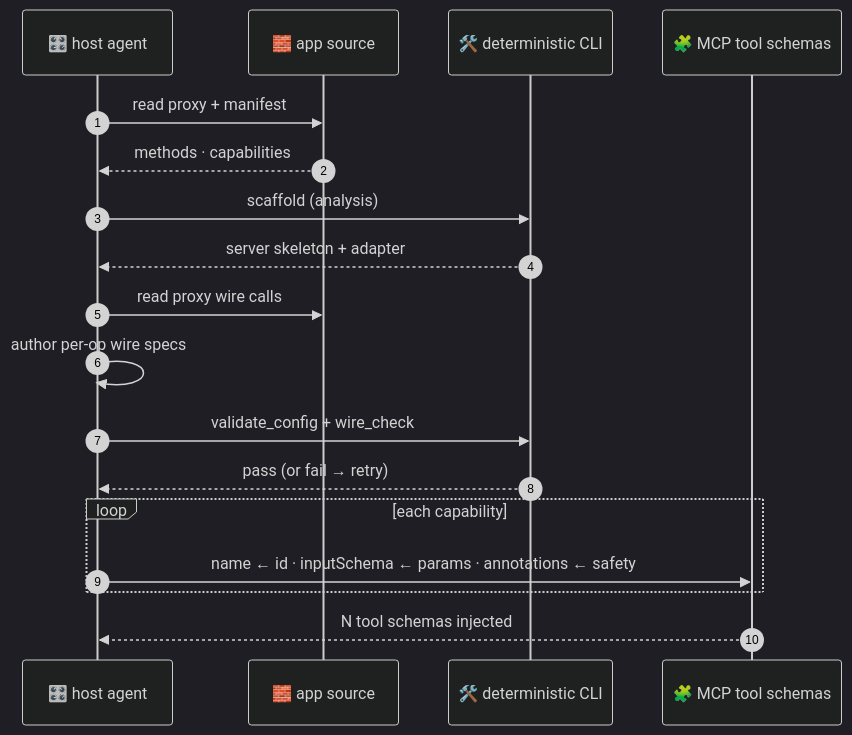
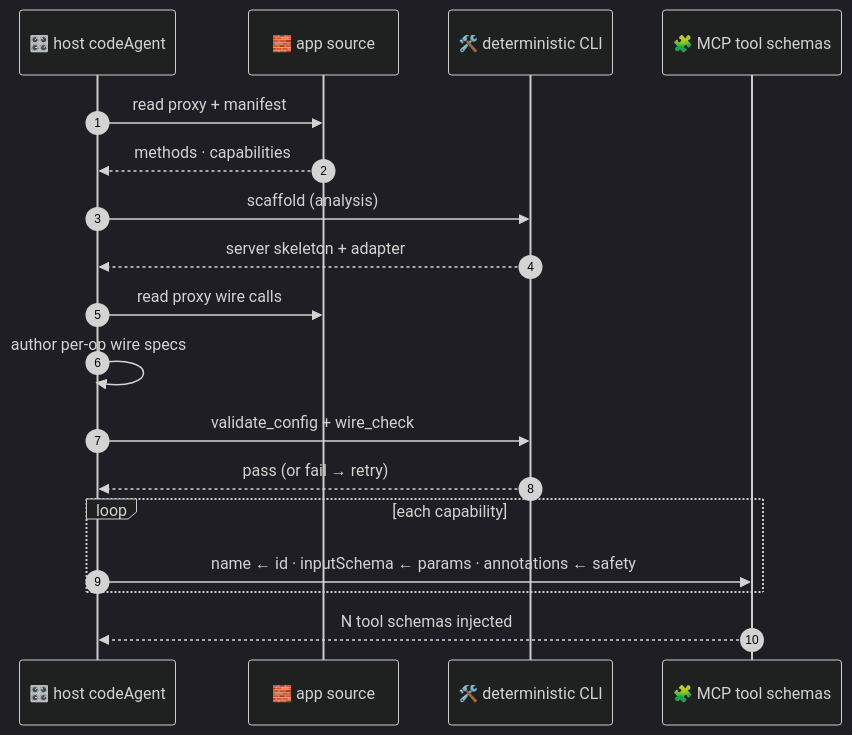
One commit to MatCaviar/BRIDGE changed the first of 2 diagrams in README.md. Above: the diagram before and after it, drawn with Mermaid (dark theme). The commit also changed other lines of this file, not shown here.

Commit message:
docs(readme): host→host codeAgent; upstream agent icon ⚛️; MCP server 🛎️; car-side engine 🏎️

````diff
--- a/README.md
+++ b/README.md
@@ -40,21 +40,21 @@
 ```mermaid
 sequenceDiagram
     autonumber
-    participant Agent as 🎛️ host agent
+    participant Agent as 🎛️ host codeAgent
     participant Source as 🧱 app source
     participant CLI as 🛠️ deterministic CLI
     participant Tool as 🧩 MCP tool schemas
 
     Agent->>Source: read proxy + manifest
     Source-->>Agent: methods · capabilities
     Agent->>CLI: scaffold (analysis)
     CLI-->>Agent: server skeleton + adapter
     Agent->>Source: read proxy wire calls
     Agent->>Agent: author per-op wire specs
     Agent->>CLI: validate_config + wire_check
     CLI-->>Agent: pass (or fail → retry)
     loop each capability
         Agent->>Tool: name ← id · inputSchema ← params · annotations ← safety
     end
     Tool-->>Agent: N tool schemas injected
 ```
````
